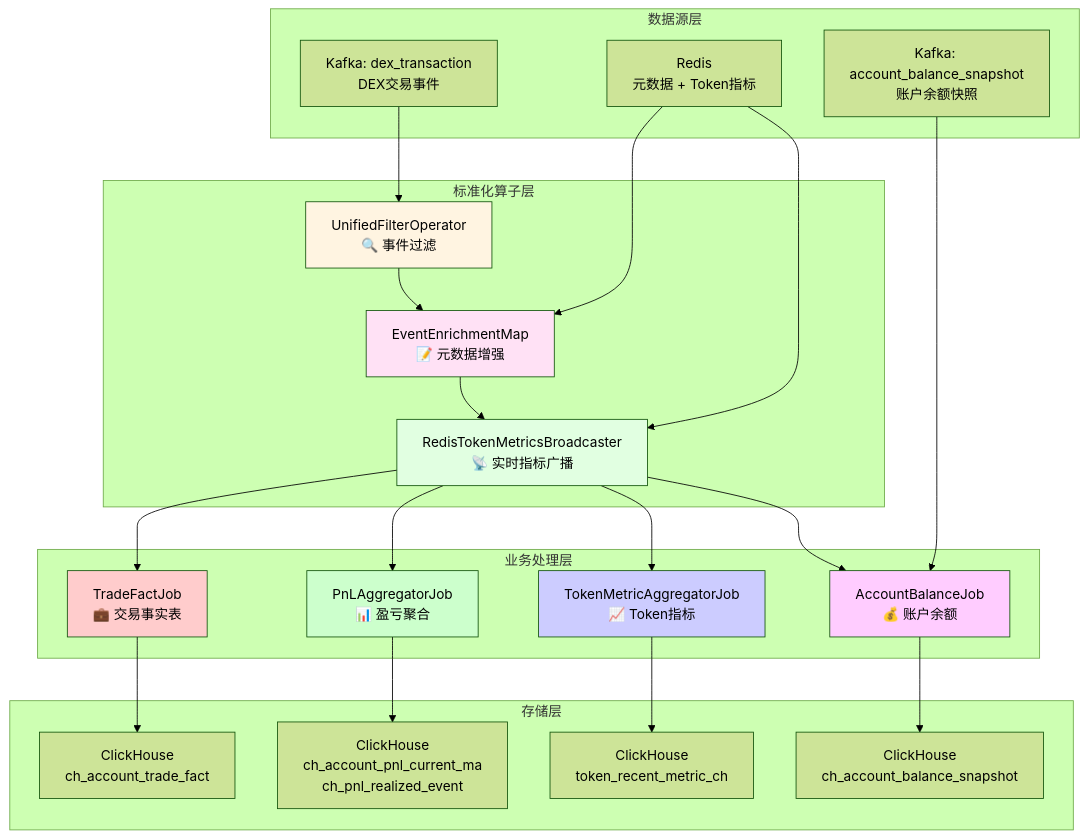
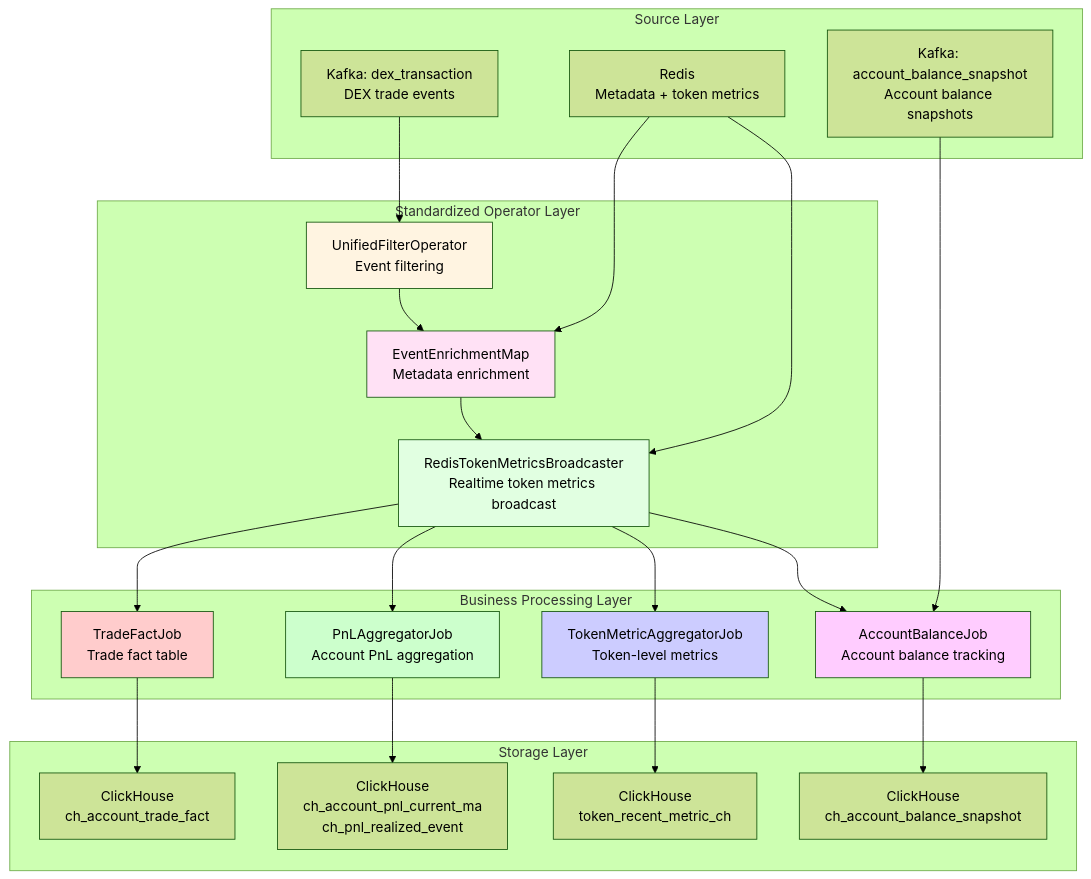
Before and after one commit to sjtutwilight/CryptoAgent: the seventh of 12 diagrams in README.md, drawn with Mermaid (forest theme). The commit also changed other lines of this file, not shown here.

````diff
--- a/README.md
+++ b/README.md
@@ -503,53 +583,54 @@
 ```mermaid
 graph TB
-    subgraph "数据源层"
-        K1[Kafka: dex_transaction<br/>DEX交易事件]
-        K2[Kafka: account_balance_snapshot<br/>账户余额快照]
-        R[Redis<br/>元数据 + Token指标]
+    subgraph "Source Layer"
+        K1[Kafka: dex_transaction<br/>DEX trade events]
+        K2[Kafka: account_balance_snapshot<br/>Account balance snapshots]
+        R[Redis<br/>Metadata + token metrics]
     end
-    
-    subgraph "标准化算子层"
-        F1[UnifiedFilterOperator<br/>🔍 事件过滤]
-        F2[EventEnrichmentMap<br/>📝 元数据增强]
-        F3[RedisTokenMetricsBroadcaster<br/>📡 实时指标广播]
+
+    subgraph "Standardized Operator Layer"
+        F1[UnifiedFilterOperator<br/>Event filtering]
+        F2[EventEnrichmentMap<br/>Metadata enrichment]
+        F3[RedisTokenMetricsBroadcaster<br/>Realtime token metrics broadcast]
     end
-    
-    subgraph "业务处理层"
-        J1[TradeFactJob<br/>💼 交易事实表]
-        J2[PnLAggregatorJob<br/>📊 盈亏聚合]
-        J3[TokenMetricAggregatorJob<br/>📈 Token指标]
-        J4[AccountBalanceJob<br/>💰 账户余额]
+
+    subgraph "Business Processing Layer"
+        J1[TradeFactJob<br/>Trade fact table]
+        J2[PnLAggregatorJob<br/>Account PnL aggregation]
+        J3[TokenMetricAggregatorJob<br/>Token-level metrics]
+        J4[AccountBalanceJob<br/>Account balance tracking]
     end
-    
-    subgraph "存储层"
+
+    subgraph "Storage Layer"
         C1[ClickHouse<br/>ch_account_trade_fact]
         C2[ClickHouse<br/>ch_account_pnl_current_ma<br/>ch_pnl_realized_event]
         C3[ClickHouse<br/>token_recent_metric_ch]
         C4[ClickHouse<br/>ch_account_balance_snapshot]
     end
-    
+
     K1 --> F1
     K2 --> J4
     R --> F2
     R --> F3
-    
+
     F1 --> F2
     F2 --> F3
     F3 --> J1
     F3 --> J2
     F3 --> J3
     F3 --> J4
-    
+
     J1 --> C1
     J2 --> C2
     J3 --> C3
     J4 --> C4
-    
+
     style F1 fill:#fff4e1
     style F2 fill:#ffe1f5
     style F3 fill:#e1ffe1
     style J1 fill:#ffcccc
     style J2 fill:#ccffcc
     style J3 fill:#ccccff
     style J4 fill:#ffccff
+
 ```
````
